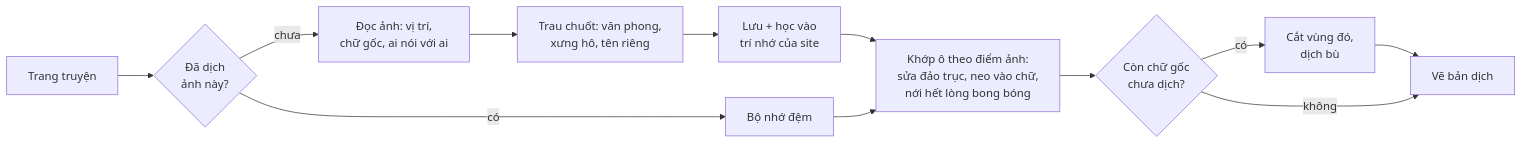
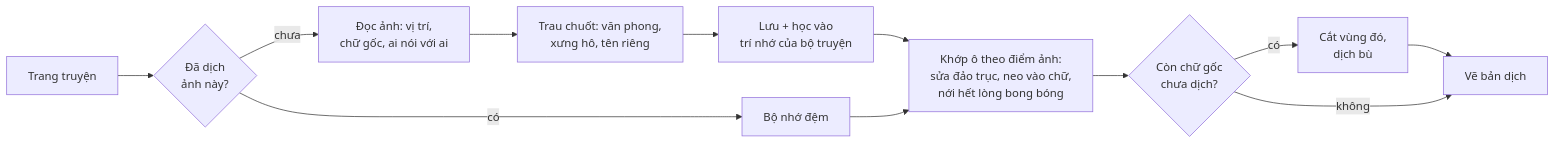
The diagram in README.md (SakerLy/translate-managa), drawn with Mermaid before and after one commit. The commit also changed other lines of this file and 9 other files, not shown here.

````diff
--- a/README.md
+++ b/README.md
@@ -167,13 +169,13 @@
 ```mermaid
 flowchart LR
     A["Trang truyện"] --> B{"Đã dịch<br/>ảnh này?"}
     B -- "có" --> F["Bộ nhớ đệm"]
     B -- "chưa" --> C["Đọc ảnh: vị trí,<br/>chữ gốc, ai nói với ai"]
     C --> D["Trau chuốt: văn phong,<br/>xưng hô, tên riêng"]
-    D --> E["Lưu + học vào<br/>trí nhớ của site"]
+    D --> E["Lưu + học vào<br/>trí nhớ của bộ truyện"]
     E --> G["Khớp ô theo điểm ảnh:<br/>sửa đảo trục, neo vào chữ,<br/>nới hết lòng bong bóng"]
     F --> G
     G --> H{"Còn chữ gốc<br/>chưa dịch?"}
     H -- "có" --> I["Cắt vùng đó,<br/>dịch bù"] --> J
     H -- "không" --> J["Vẽ bản dịch"]
 ```
````
